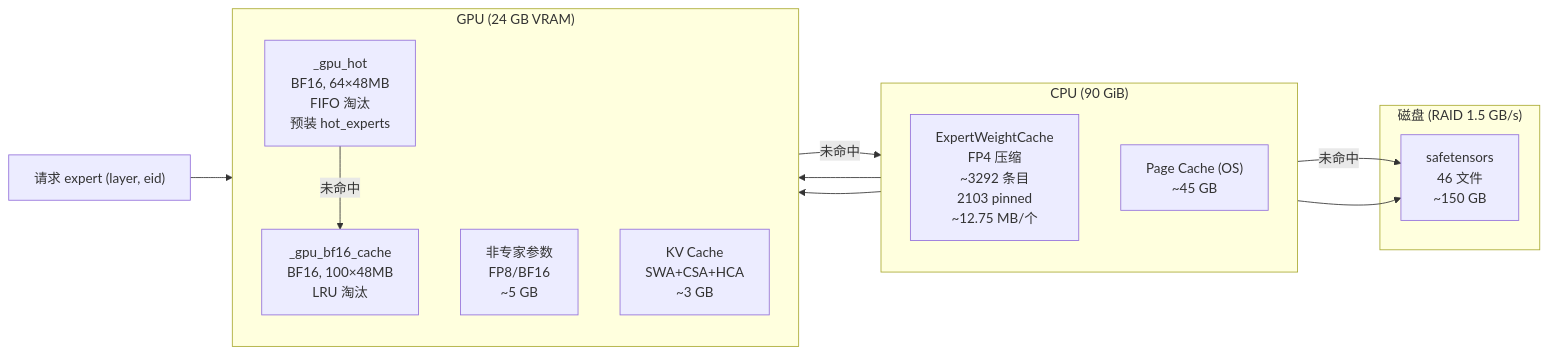
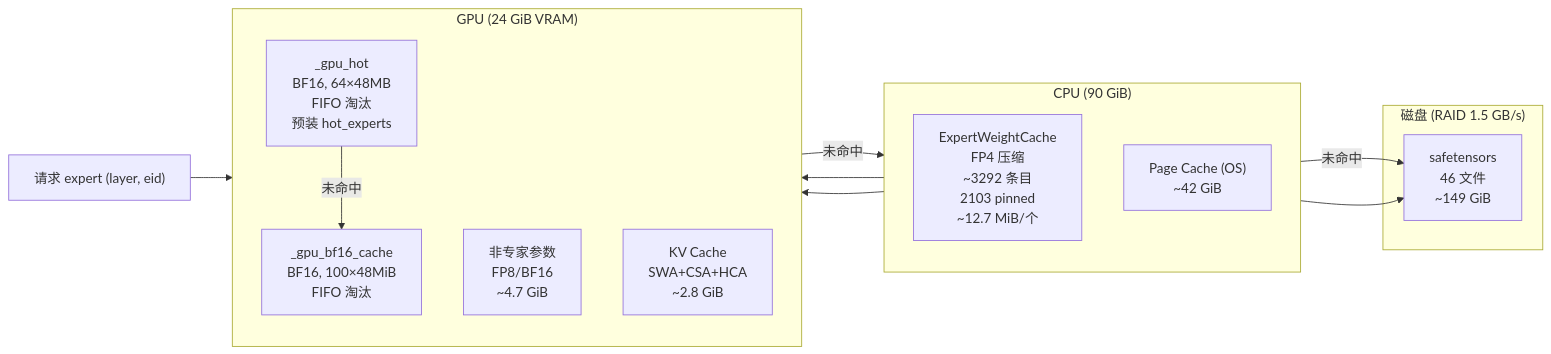
The third of 3 diagrams in README.md (QingGo/home-seek), drawn with Mermaid before and after one commit. The commit also changed other lines of this file and 1 other file, not shown here.

````diff
--- a/README.md
+++ b/README.md
@@ -134,27 +134,27 @@
 ```mermaid
 flowchart LR
     subgraph CPU["CPU (90 GiB)"]
         direction TB
-        CPUFP4["ExpertWeightCache<br/>FP4 压缩<br/>~3292 条目<br/>2103 pinned<br/>~12.75 MB/个"]
-        PAGECACHE["Page Cache (OS)<br/>~45 GB"]
+        CPUFP4["ExpertWeightCache<br/>FP4 压缩<br/>~3292 条目<br/>2103 pinned<br/>~12.7 MiB/个"]
+        PAGECACHE["Page Cache (OS)<br/>~42 GiB"]
     end
 
-    subgraph GPU["GPU (24 GB VRAM)"]
+    subgraph GPU["GPU (24 GiB VRAM)"]
         direction TB
         GPUHOT["_gpu_hot<br/>BF16, 64×48MB<br/>FIFO 淘汰<br/>预装 hot_experts"]
-        GPUBF16["_gpu_bf16_cache<br/>BF16, 100×48MB<br/>LRU 淘汰"]
-        PARAMS["非专家参数<br/>FP8/BF16<br/>~5 GB"]
-        KV["KV Cache<br/>SWA+CSA+HCA<br/>~3 GB"]
+        GPUBF16["_gpu_bf16_cache<br/>BF16, 100×48MiB<br/>FIFO 淘汰"]
+        PARAMS["非专家参数<br/>FP8/BF16<br/>~4.7 GiB"]
+        KV["KV Cache<br/>SWA+CSA+HCA<br/>~2.8 GiB"]
     end
 
     subgraph DISK["磁盘 (RAID 1.5 GB/s)"]
-        SAFE["safetensors<br/>46 文件<br/>~150 GB"]
+        SAFE["safetensors<br/>46 文件<br/>~149 GiB"]
     end
 
     Request["请求 expert (layer, eid)"] --> GPUHOT
     GPUHOT -- 未命中 --> GPUBF16
     GPUBF16 -- 未命中 --> CPUFP4
     CPUFP4 -- 未命中 --> SAFE
     CPUFP4 --> GPUHOT & GPUBF16
     PAGECACHE --> SAFE
 ```
````
